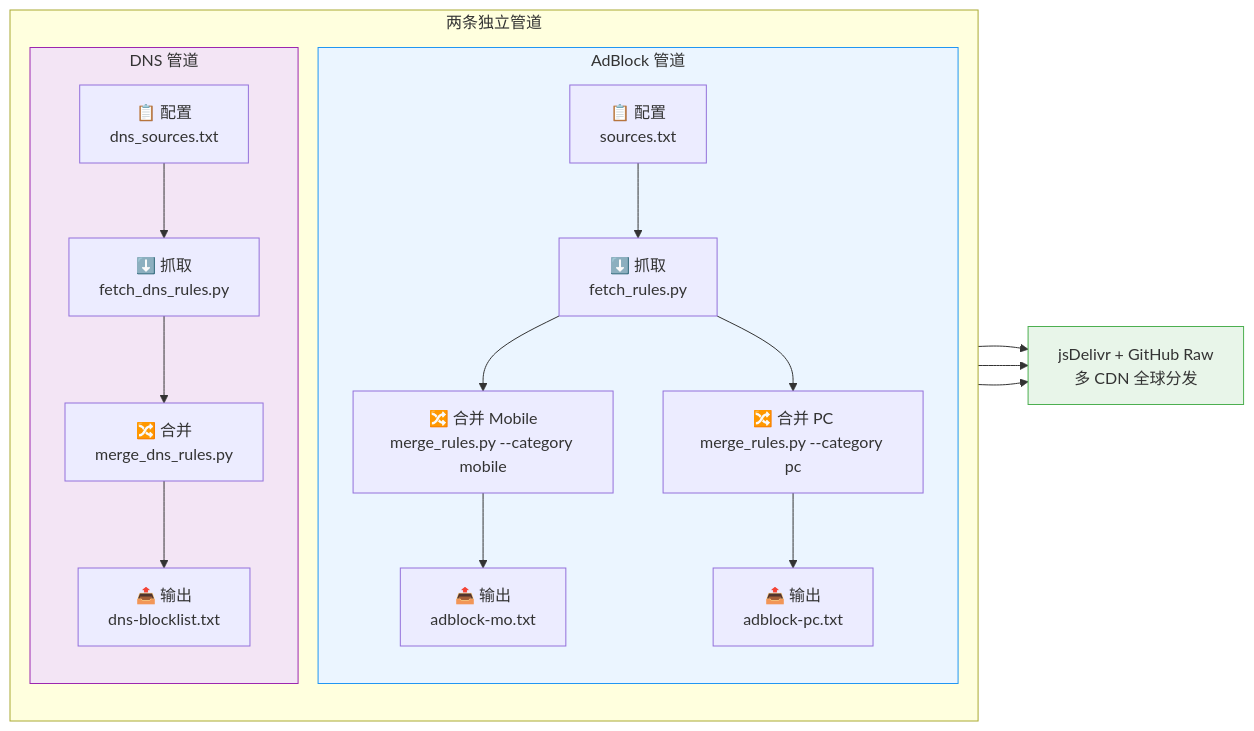
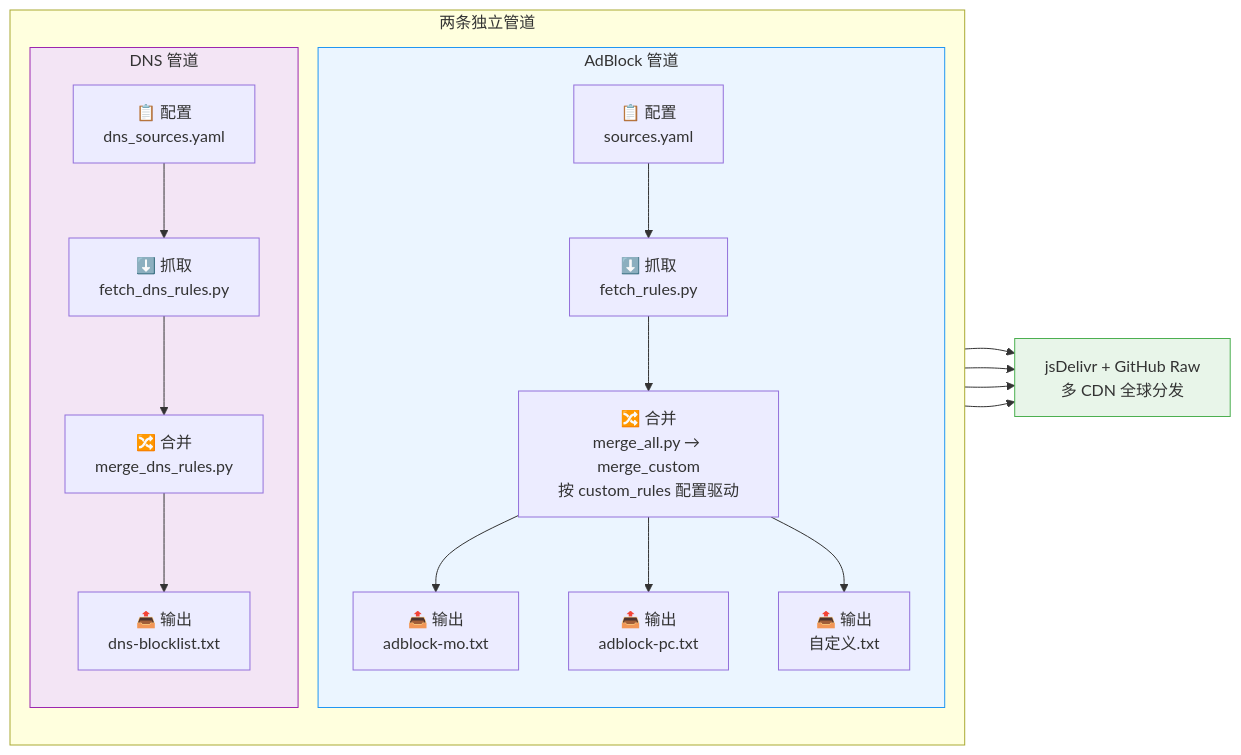
One commit to Chaniug/FilterFusion changed the first of 2 diagrams in README.md. Above: the diagram before and after it, drawn with Mermaid. The commit also changed other lines of this file and 16 other files, not shown here.

````diff
--- a/README.md
+++ b/README.md
@@ -152,25 +152,26 @@
 ```mermaid
 flowchart LR
     subgraph PIPE["两条独立管道"]
         direction TB
         subgraph AD["AdBlock 管道"]
-            A1["📋 配置<br/>sources.txt"] --> A2["⬇️ 抓取<br/>fetch_rules.py"]
-            A2 --> A3a["🔀 合并 Mobile<br/>merge_rules.py --category mobile"]
-            A2 --> A3b["🔀 合并 PC<br/>merge_rules.py --category pc"]
-            A3a --> A4a["📤 输出<br/>adblock-mo.txt"]
-            A3b --> A4b["📤 输出<br/>adblock-pc.txt"]
+            A1["📋 配置<br/>sources.yaml"] --> A2["⬇️ 抓取<br/>fetch_rules.py"]
+            A2 --> A3["🔀 合并<br/>merge_all.py → merge_custom<br/>按 custom_rules 配置驱动"]
+            A3 --> A4a["📤 输出<br/>adblock-mo.txt"]
+            A3 --> A4b["📤 输出<br/>adblock-pc.txt"]
+            A3 --> A4c["📤 输出<br/>自定义.txt"]
         end
         subgraph DNS["DNS 管道"]
-            D1["📋 配置<br/>dns_sources.txt"] --> D2["⬇️ 抓取<br/>fetch_dns_rules.py"]
+            D1["📋 配置<br/>dns_sources.yaml"] --> D2["⬇️ 抓取<br/>fetch_dns_rules.py"]
             D2 --> D3["🔀 合并<br/>merge_dns_rules.py"]
             D3 --> D4["📤 输出<br/>dns-blocklist.txt"]
         end
     end
     A4a --> CDN["jsDelivr + GitHub Raw<br/>多 CDN 全球分发"]
     A4b --> CDN
+    A4c --> CDN
     D4 --> CDN
 
     style AD fill:#ebf5ff,stroke:#2196f3
     style DNS fill:#f3e5f5,stroke:#9c27b0
     style CDN fill:#e8f5e9,stroke:#4caf50
 ```
````
